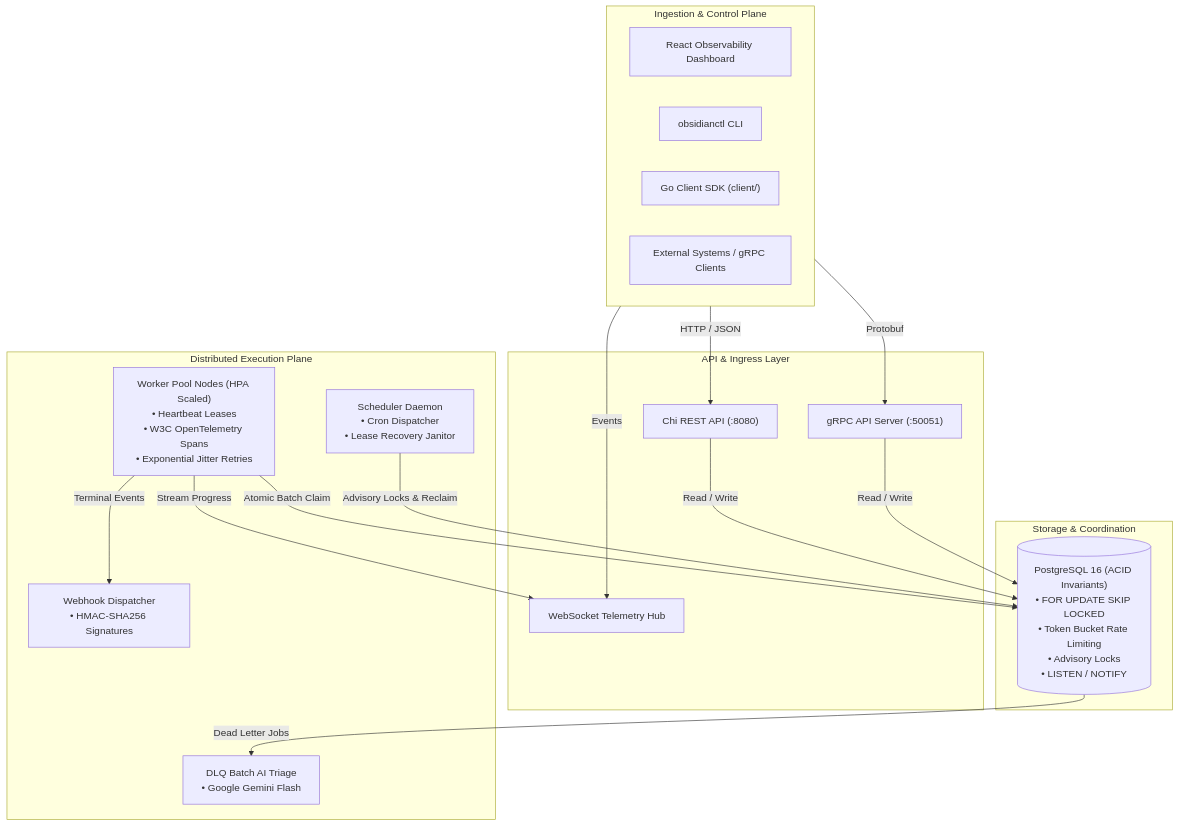
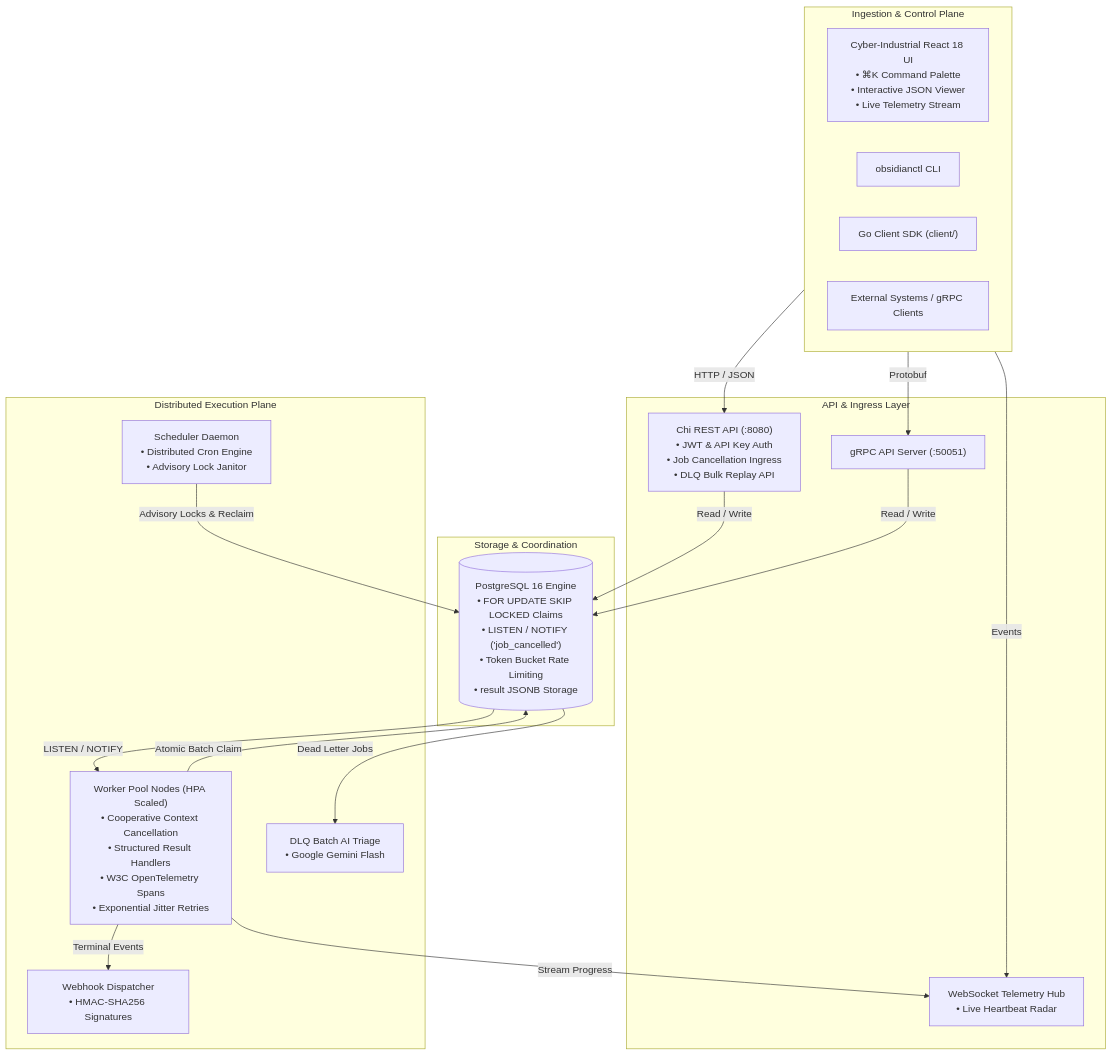
One commit to AdeshDeshmukh/obsidian changed the diagram in README.md. Above: the diagram before and after it, drawn with Mermaid. The commit also changed other lines of this file, not shown here.

Commit message:
docs: update README with free cloud deployment, quick start, and new architectural capabilities

````diff
--- a/README.md
+++ b/README.md
@@ -41,37 +47,38 @@
 ```mermaid
 flowchart TD
     subgraph Clients["Ingestion & Control Plane"]
-        WebDash["React Observability Dashboard"]
+        WebDash["Cyber-Industrial React 18 UI\n• ⌘K Command Palette\n• Interactive JSON Viewer\n• Live Telemetry Stream"]
         CLI["obsidianctl CLI"]
         GoSDK["Go Client SDK (client/)"]
         ThirdParty["External Systems / gRPC Clients"]
     end
 
     subgraph APIPlane["API & Ingress Layer"]
-        HttpAPI["Chi REST API (:8080)"]
+        HttpAPI["Chi REST API (:8080)\n• JWT & API Key Auth\n• Job Cancellation Ingress\n• DLQ Bulk Replay API"]
         GrpcAPI["gRPC API Server (:50051)"]
-        WsHub["WebSocket Telemetry Hub"]
+        WsHub["WebSocket Telemetry Hub\n• Live Heartbeat Radar"]
     end
 
     subgraph CoreEngine["Storage & Coordination"]
-        DB[("PostgreSQL 16 (ACID Invariants)\n• FOR UPDATE SKIP LOCKED\n• Token Bucket Rate Limiting\n• Advisory Locks\n• LISTEN / NOTIFY")]
+        DB[("PostgreSQL 16 Engine\n• FOR UPDATE SKIP LOCKED Claims\n• LISTEN / NOTIFY ('job_cancelled')\n• Token Bucket Rate Limiting\n• result JSONB Storage")]
     end
 
     subgraph ExecutionPlane["Distributed Execution Plane"]
-        Workers["Worker Pool Nodes (HPA Scaled)\n• Heartbeat Leases\n• W3C OpenTelemetry Spans\n• Exponential Jitter Retries"]
-        Scheduler["Scheduler Daemon\n• Cron Dispatcher\n• Lease Recovery Janitor"]
+        Workers["Worker Pool Nodes (HPA Scaled)\n• Cooperative Context Cancellation\n• Structured Result Handlers\n• W3C OpenTelemetry Spans\n• Exponential Jitter Retries"]
+        Scheduler["Scheduler Daemon\n• Distributed Cron Engine\n• Advisory Lock Janitor"]
         Webhooks["Webhook Dispatcher\n• HMAC-SHA256 Signatures"]
         AITriage["DLQ Batch AI Triage\n• Google Gemini Flash"]
     end
 
     Clients -->|HTTP / JSON| HttpAPI
     Clients -->|Protobuf| GrpcAPI
     Clients -->|Events| WsHub
     HttpAPI -->|Read / Write| DB
     GrpcAPI -->|Read / Write| DB
     Workers -->|Atomic Batch Claim| DB
     Workers -->|Stream Progress| WsHub
     Workers -->|Terminal Events| Webhooks
     Scheduler -->|Advisory Locks & Reclaim| DB
+    DB -->|LISTEN / NOTIFY| Workers
     DB -->|Dead Letter Jobs| AITriage
 ```
````
